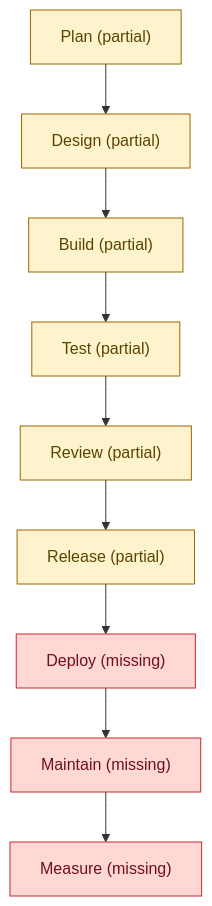
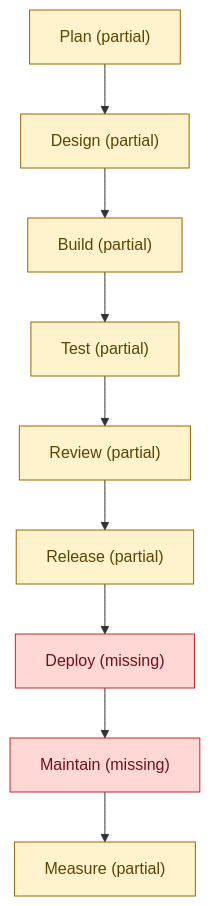
One commit to jakos/claude-baseline changed the first of 3 diagrams in README.md. Above: the diagram before and after it, drawn with Mermaid. The commit also changed other lines of this file and 2 other files, not shown here.

Commit message:
docs: mark the SDLC criteria closed by wave 1

````diff
--- a/README.md
+++ b/README.md
@@ -20,25 +20,25 @@
 ```mermaid
 flowchart TD
   plan["Plan (partial)"]
   design["Design (partial)"]
   build["Build (partial)"]
   test["Test (partial)"]
   review["Review (partial)"]
   release["Release (partial)"]
   deploy["Deploy (missing)"]
   maintain["Maintain (missing)"]
-  measure["Measure (missing)"]
+  measure["Measure (partial)"]
   plan --> design
   design --> build
   build --> test
   test --> review
   review --> release
   release --> deploy
   deploy --> maintain
   maintain --> measure
   classDef achieved fill:#d4f8d4,stroke:#1a7f37,color:#0b3d0b
   classDef partial fill:#fff3cd,stroke:#9a6700,color:#5c4400
   classDef missing fill:#ffd7d5,stroke:#cf222e,color:#6e1119
-  class plan,design,build,test,review,release partial
-  class deploy,maintain,measure missing
+  class plan,design,build,test,review,release,measure partial
+  class deploy,maintain missing
 ```
````
